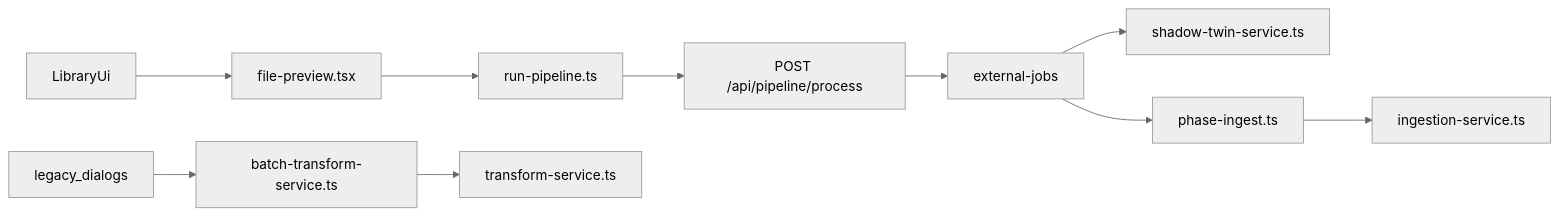
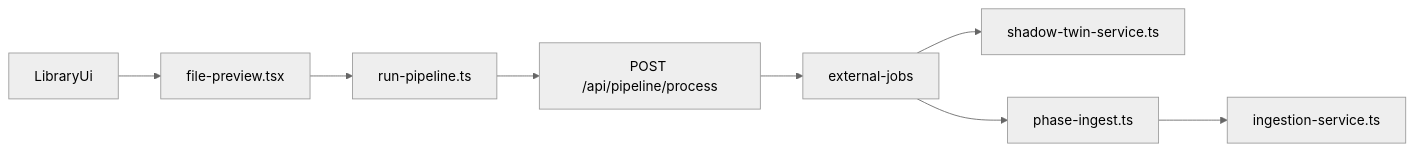
The diagram in docs/analysis/pipeline-system-map.md (bCommonsLAB/CommonKnowledgeScout), drawn with Mermaid (neutral theme) before and after one commit. The commit also changed other lines of this file and 34 other files, not shown here.

````diff
--- a/docs/analysis/pipeline-system-map.md
+++ b/docs/analysis/pipeline-system-map.md
@@ -47,12 +57,10 @@
 ```mermaid
 flowchart LR
   LibraryUi[LibraryUi] --> FilePreview[file-preview.tsx]
   FilePreview --> RunPipeline[run-pipeline.ts]
   RunPipeline --> PipelineApi["POST /api/pipeline/process"]
   PipelineApi --> ExternalJobs[external-jobs]
   ExternalJobs --> ShadowTwin[shadow-twin-service.ts]
   ExternalJobs --> IngestPhase[phase-ingest.ts]
   IngestPhase --> IngestionService[ingestion-service.ts]
-  LegacyDialogs[legacy_dialogs] --> BatchService[batch-transform-service.ts]
-  BatchService --> TransformService[transform-service.ts]
 ```
````
